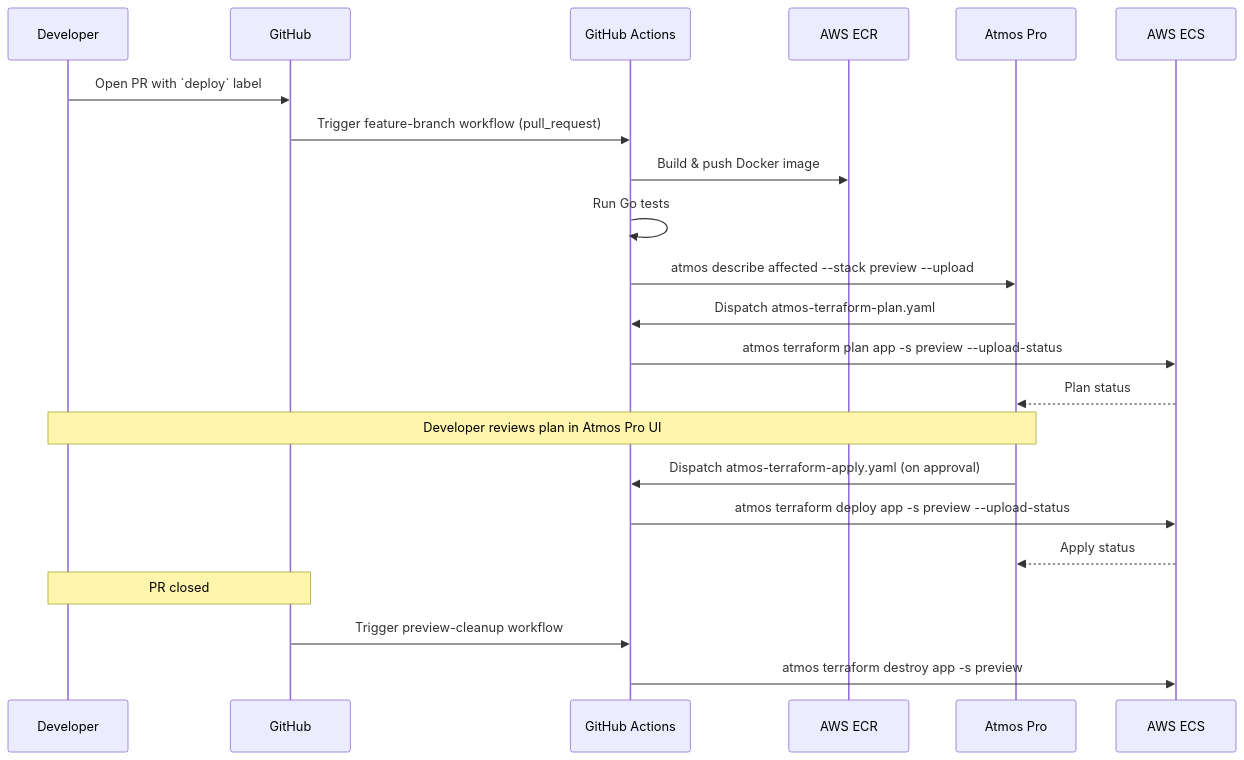
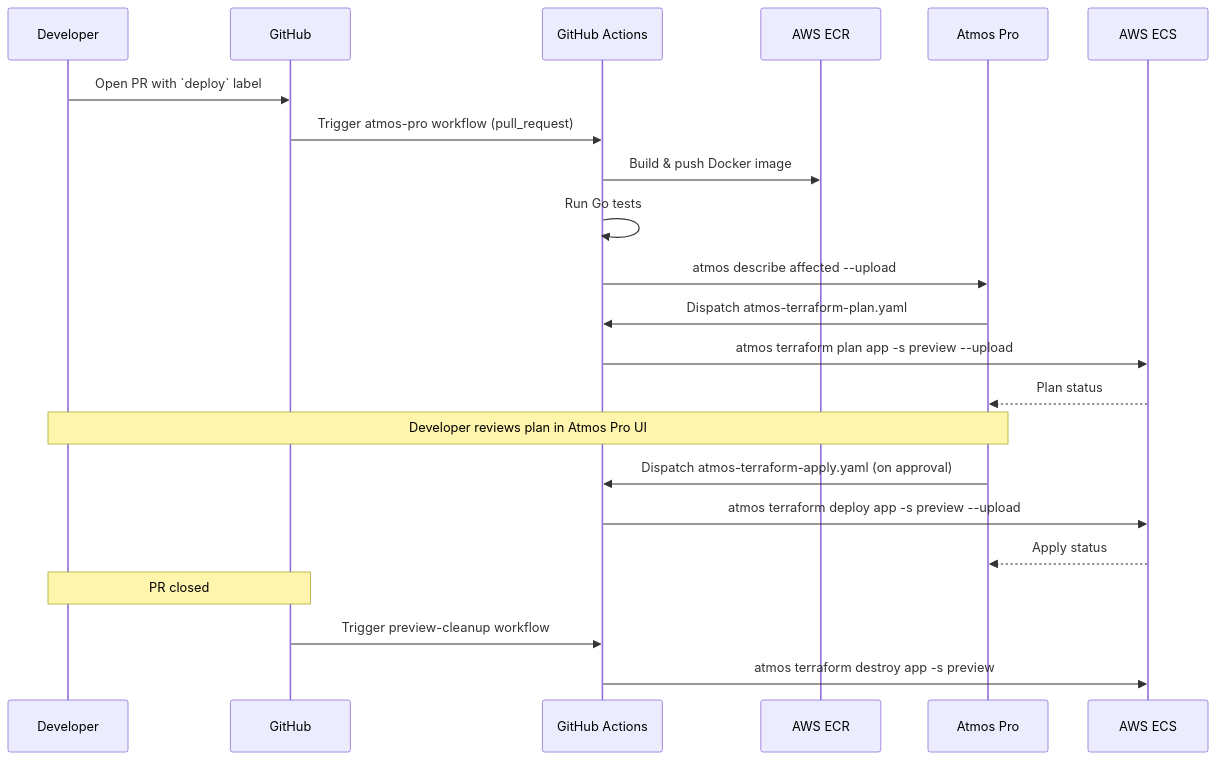
Before and after one commit to cloudposse-examples/atmos-pro-with-ecs: the second of 5 diagrams in .github/workflows/README.md, drawn with Mermaid. The commit also changed other lines of this file and 7 other files, not shown here.

First line of the commit message:
Modernize Atmos Pro workflows to canonical pattern

````diff
--- a/.github/workflows/README.md
+++ b/.github/workflows/README.md
@@ -80,25 +80,25 @@
 ```mermaid
 sequenceDiagram
     participant Dev as Developer
     participant GH as GitHub
     participant GA as GitHub Actions
     participant ECR as AWS ECR
     participant AP as Atmos Pro
     participant ECS as AWS ECS
 
     Dev->>GH: Open PR with `deploy` label
-    GH->>GA: Trigger feature-branch workflow (pull_request)
+    GH->>GA: Trigger atmos-pro workflow (pull_request)
     GA->>ECR: Build & push Docker image
     GA->>GA: Run Go tests
-    GA->>AP: atmos describe affected --stack preview --upload
+    GA->>AP: atmos describe affected --upload
     AP->>GA: Dispatch atmos-terraform-plan.yaml
-    GA->>ECS: atmos terraform plan app -s preview --upload-status
+    GA->>ECS: atmos terraform plan app -s preview --upload
     ECS-->>AP: Plan status
     Note over Dev,AP: Developer reviews plan in Atmos Pro UI
     AP->>GA: Dispatch atmos-terraform-apply.yaml (on approval)
-    GA->>ECS: atmos terraform deploy app -s preview --upload-status
+    GA->>ECS: atmos terraform deploy app -s preview --upload
     ECS-->>AP: Apply status
     Note over Dev,GH: PR closed
     GH->>GA: Trigger preview-cleanup workflow
     GA->>ECS: atmos terraform destroy app -s preview
 ```
````
